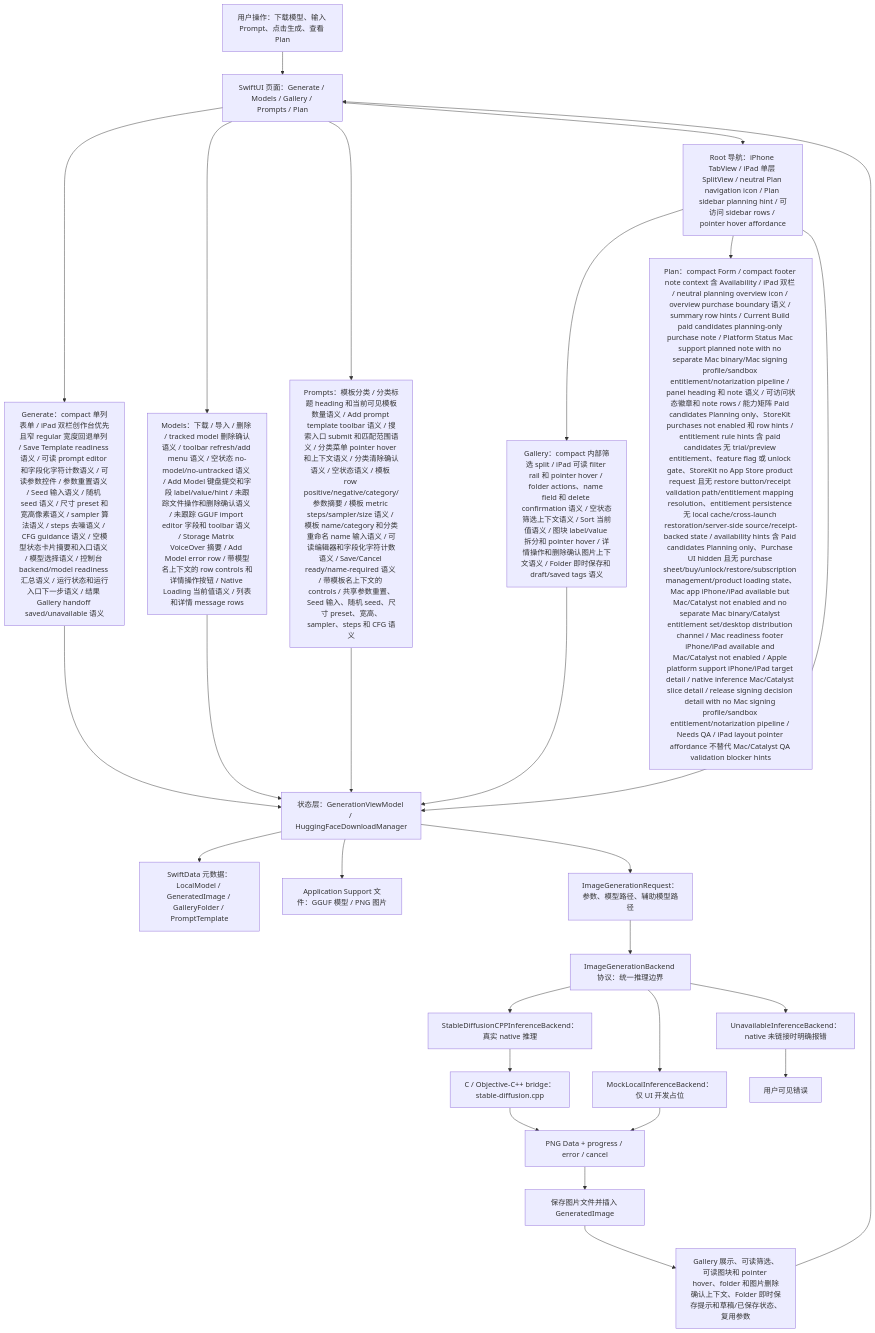
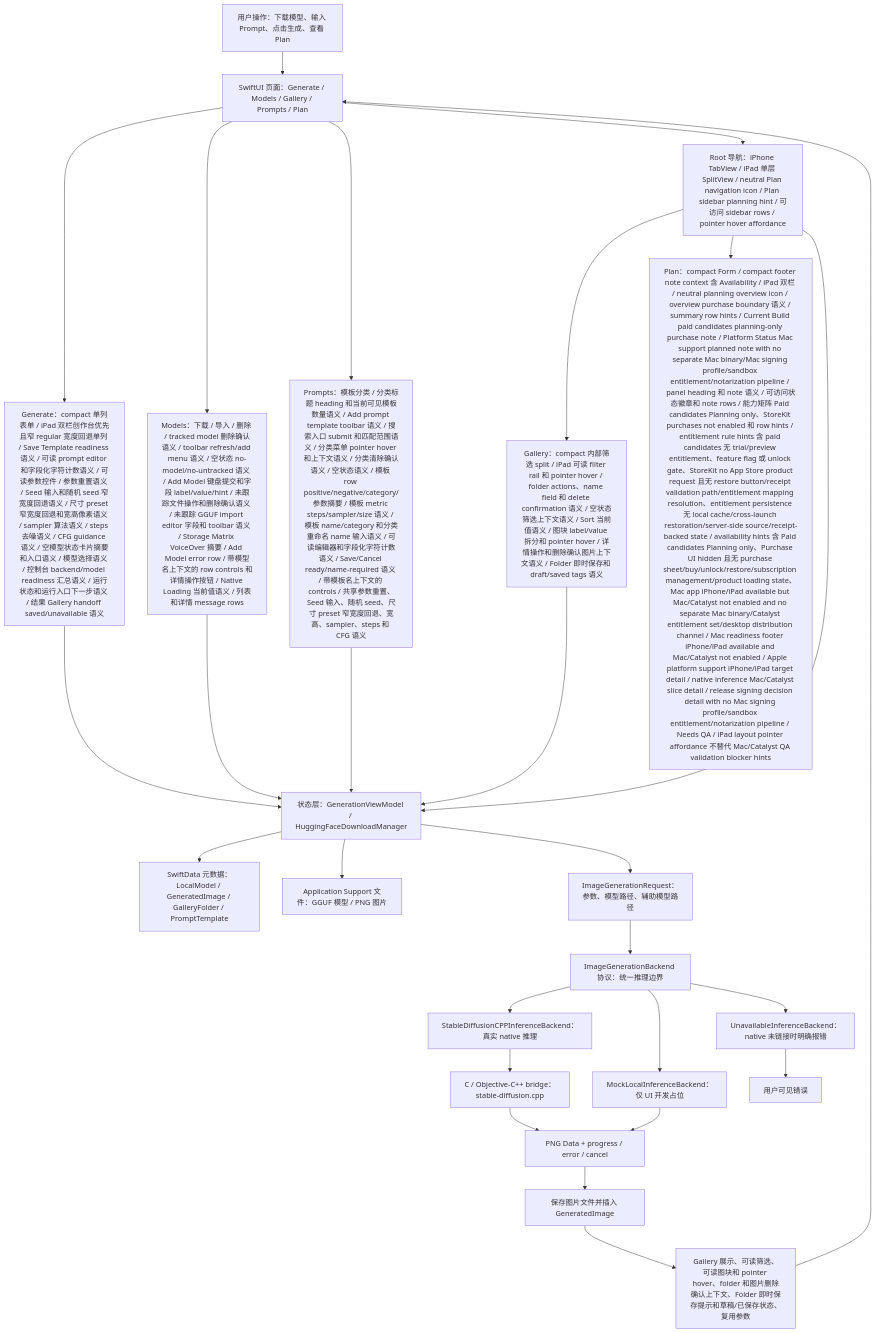
One commit to Altman-sam114/118 changed the first of 7 diagrams in md/flow/flowchart.md. Above: the diagram before and after it, drawn with Mermaid. The commit also changed 5 other files, not shown here.

````diff
--- a/md/flow/flowchart.md
+++ b/md/flow/flowchart.md
@@ -9,29 +9,29 @@
 ```mermaid
 flowchart TD
   U["用户操作：下载模型、输入 Prompt、点击生成、查看 Plan"] --> UI["SwiftUI 页面：Generate / Models / Gallery / Prompts / Plan"]
-  UI --> GENUI["Generate：compact 单列表单 / iPad 双栏创作台优先且窄 regular 宽度回退单列 / Save Template readiness 语义 / 可读 prompt editor 和字段化字符计数语义 / 可读参数控件 / 参数重置语义 / Seed 输入语义 / 随机 seed 语义 / 尺寸 preset 和宽高像素语义 / sampler 算法语义 / steps 去噪语义 / CFG guidance 语义 / 空模型状态卡片摘要和入口语义 / 模型选择语义 / 控制台 backend/model readiness 汇总语义 / 运行状态和运行入口下一步语义 / 结果 Gallery handoff saved/unavailable 语义"]
+  UI --> GENUI["Generate：compact 单列表单 / iPad 双栏创作台优先且窄 regular 宽度回退单列 / Save Template readiness 语义 / 可读 prompt editor 和字段化字符计数语义 / 可读参数控件 / 参数重置语义 / Seed 输入和随机 seed 窄宽度回退语义 / 尺寸 preset 窄宽度回退和宽高像素语义 / sampler 算法语义 / steps 去噪语义 / CFG guidance 语义 / 空模型状态卡片摘要和入口语义 / 模型选择语义 / 控制台 backend/model readiness 汇总语义 / 运行状态和运行入口下一步语义 / 结果 Gallery handoff saved/unavailable 语义"]
   UI --> MODELUI["Models：下载 / 导入 / 删除 / tracked model 删除确认语义 / toolbar refresh/add menu 语义 / 空状态 no-model/no-untracked 语义 / Add Model 键盘提交和字段 label/value/hint / 未跟踪文件操作和删除确认语义 / 未跟踪 GGUF import editor 字段和 toolbar 语义 / Storage Matrix VoiceOver 摘要 / Add Model error row / 带模型名上下文的 row controls 和详情操作按钮 / Native Loading 当前值语义 / 列表和详情 message rows"]
-  UI --> PROMPTUI["Prompts：模板分类 / 分类标题 heading 和当前可见模板数量语义 / Add prompt template toolbar 语义 / 搜索入口 submit 和匹配范围语义 / 分类菜单 pointer hover 和上下文语义 / 分类清除确认语义 / 空状态语义 / 模板 row positive/negative/category/参数摘要 / 模板 metric steps/sampler/size 语义 / 模板 name/category 和分类重命名 name 输入语义 / 可读编辑器和字段化字符计数语义 / Save/Cancel ready/name-required 语义 / 带模板名上下文的 controls / 共享参数重置、Seed 输入、随机 seed、尺寸 preset、宽高、sampler、steps 和 CFG 语义"]
+  UI --> PROMPTUI["Prompts：模板分类 / 分类标题 heading 和当前可见模板数量语义 / Add prompt template toolbar 语义 / 搜索入口 submit 和匹配范围语义 / 分类菜单 pointer hover 和上下文语义 / 分类清除确认语义 / 空状态语义 / 模板 row positive/negative/category/参数摘要 / 模板 metric steps/sampler/size 语义 / 模板 name/category 和分类重命名 name 输入语义 / 可读编辑器和字段化字符计数语义 / Save/Cancel ready/name-required 语义 / 带模板名上下文的 controls / 共享参数重置、Seed 输入、随机 seed、尺寸 preset 窄宽度回退、宽高、sampler、steps 和 CFG 语义"]
   UI --> NAV["Root 导航：iPhone TabView / iPad 单层 SplitView / neutral Plan navigation icon / Plan sidebar planning hint / 可访问 sidebar rows / pointer hover affordance"]
   NAV --> GALUI["Gallery：compact 内部筛选 split / iPad 可读 filter rail 和 pointer hover / folder actions、name field 和 delete confirmation 语义 / 空状态筛选上下文语义 / Sort 当前值语义 / 图块 label/value 拆分和 pointer hover / 详情操作和删除确认图片上下文语义 / Folder 即时保存和 draft/saved tags 语义"]
   NAV --> PLANUI["Plan：compact Form / compact footer note context 含 Availability / iPad 双栏 / neutral planning overview icon / overview purchase boundary 语义 / summary row hints / Current Build paid candidates planning-only purchase note / Platform Status Mac support planned note with no separate Mac binary/Mac signing profile/sandbox entitlement/notarization pipeline / panel heading 和 note 语义 / 可访问状态徽章和 note rows / 能力矩阵 Paid candidates Planning only、StoreKit purchases not enabled 和 row hints / entitlement rule hints 含 paid candidates 无 trial/preview entitlement、feature flag 或 unlock gate、StoreKit no App Store product request 且无 restore button/receipt validation path/entitlement mapping resolution、entitlement persistence 无 local cache/cross-launch restoration/server-side source/receipt-backed state / availability hints 含 Paid candidates Planning only、Purchase UI hidden 且无 purchase sheet/buy/unlock/restore/subscription management/product loading state、Mac app iPhone/iPad available but Mac/Catalyst not enabled and no separate Mac binary/Catalyst entitlement set/desktop distribution channel / Mac readiness footer iPhone/iPad available and Mac/Catalyst not enabled / Apple platform support iPhone/iPad target detail / native inference Mac/Catalyst slice detail / release signing decision detail with no Mac signing profile/sandbox entitlement/notarization pipeline / Needs QA / iPad layout pointer affordance 不替代 Mac/Catalyst QA validation blocker hints"]
   NAV --> VM["状态层：GenerationViewModel / HuggingFaceDownloadManager"]
   GENUI --> VM
   MODELUI --> VM
   PROMPTUI --> VM
   GALUI --> VM
   VM --> SD["SwiftData 元数据：LocalModel / GeneratedImage / GalleryFolder / PromptTemplate"]
   VM --> FS["Application Support 文件：GGUF 模型 / PNG 图片"]
   VM --> REQ["ImageGenerationRequest：参数、模型路径、辅助模型路径"]
   REQ --> IFACE["ImageGenerationBackend 协议：统一推理边界"]
   IFACE --> NATIVE["StableDiffusionCPPInferenceBackend：真实 native 推理"]
   IFACE --> MOCK["MockLocalInferenceBackend：仅 UI 开发占位"]
   IFACE --> OFF["UnavailableInferenceBackend：native 未链接时明确报错"]
   NATIVE --> BRIDGE["C / Objective-C++ bridge：stable-diffusion.cpp"]
   BRIDGE --> PNG["PNG Data + progress / error / cancel"]
   MOCK --> PNG
   OFF --> ERR["用户可见错误"]
   PNG --> SAVE["保存图片文件并插入 GeneratedImage"]
   SAVE --> GALLERY["Gallery 展示、可读筛选、可读图块和 pointer hover、folder 和图片删除确认上下文、Folder 即时保存提示和草稿/已保存状态、复用参数"]
   GALLERY --> UI
 ```
````
